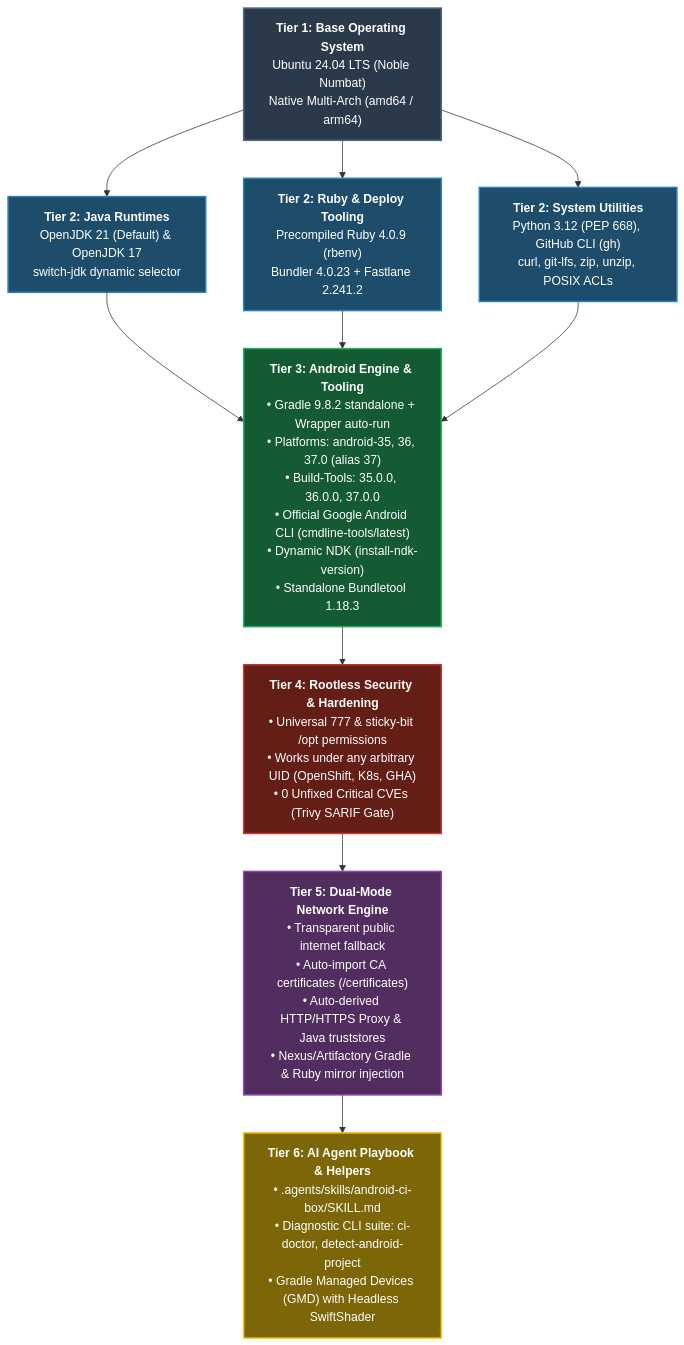
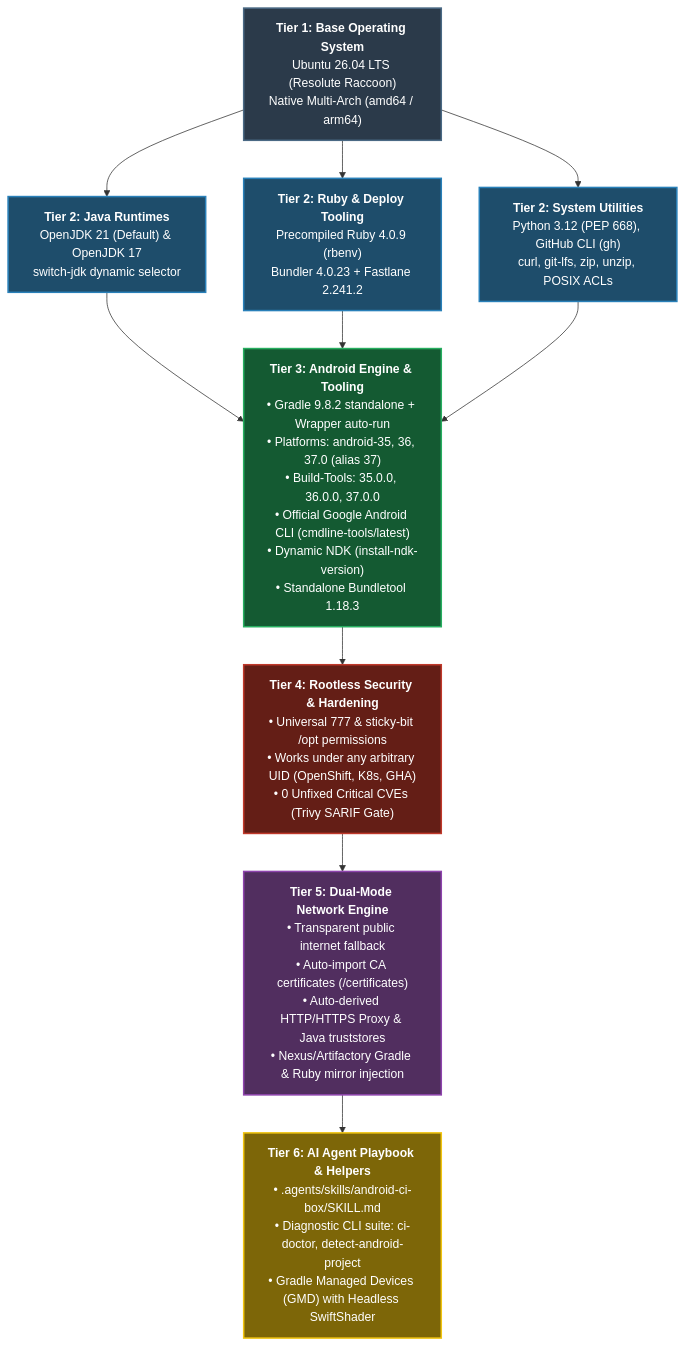
The first of 4 diagrams in docs/architecture.md (hatem-noureddine/android-ci), drawn with Mermaid before and after one commit. The commit also changed 10 other files, not shown here.

First line of the commit message:
feat(docker): upgrade to Ubuntu 26.04.1 LTS base image and bump to v1.8.0 (#49)

````diff
--- a/docs/architecture.md
+++ b/docs/architecture.md
@@ -11,25 +11,25 @@
 ```mermaid
 graph TD
     classDef os fill:#2b3a4a,stroke:#4a6984,stroke-width:2px,color:#fff;
     classDef runtime fill:#1e4d6b,stroke:#2980b9,stroke-width:2px,color:#fff;
     classDef sdk fill:#145a32,stroke:#27ae60,stroke-width:2px,color:#fff;
     classDef security fill:#641e16,stroke:#c0392b,stroke-width:2px,color:#fff;
     classDef entrypoint fill:#512e5f,stroke:#8e44ad,stroke-width:2px,color:#fff;
     classDef agent fill:#7d6608,stroke:#f1c40f,stroke-width:2px,color:#fff;
 
-    T1["<b>Tier 1: Base Operating System</b><br/>Ubuntu 24.04 LTS (Noble Numbat)<br/>Native Multi-Arch (amd64 / arm64)"]:::os
+    T1["<b>Tier 1: Base Operating System</b><br/>Ubuntu 26.04 LTS (Resolute Raccoon)<br/>Native Multi-Arch (amd64 / arm64)"]:::os
 
     T1 --> T2_Java["<b>Tier 2: Java Runtimes</b><br/>OpenJDK 21 (Default) & OpenJDK 17<br/>switch-jdk dynamic selector"]:::runtime
     T1 --> T2_Ruby["<b>Tier 2: Ruby & Deploy Tooling</b><br/>Precompiled Ruby 4.0.9 (rbenv)<br/>Bundler 4.0.23 + Fastlane 2.241.2"]:::runtime
     T1 --> T2_Sys["<b>Tier 2: System Utilities</b><br/>Python 3.12 (PEP 668), GitHub CLI (gh)<br/>curl, git-lfs, zip, unzip, POSIX ACLs"]:::runtime
 
     T2_Java --> T3["<b>Tier 3: Android Engine & Tooling</b><br/>• Gradle 9.8.2 standalone + Wrapper auto-run<br/>• Platforms: android-35, 36, 37.0 (alias 37)<br/>• Build-Tools: 35.0.0, 36.0.0, 37.0.0<br/>• Official Google Android CLI (cmdline-tools/latest)<br/>• Dynamic NDK (install-ndk-version)<br/>• Standalone Bundletool 1.18.3"]:::sdk
     T2_Ruby --> T3
     T2_Sys --> T3
 
     T3 --> T4["<b>Tier 4: Rootless Security & Hardening</b><br/>• Universal 777 & sticky-bit /opt permissions<br/>• Works under any arbitrary UID (OpenShift, K8s, GHA)<br/>• 0 Unfixed Critical CVEs (Trivy SARIF Gate)"]:::security
 
     T4 --> T5["<b>Tier 5: Dual-Mode Network Engine</b><br/>• Transparent public internet fallback<br/>• Auto-import CA certificates (/certificates)<br/>• Auto-derived HTTP/HTTPS Proxy & Java truststores<br/>• Nexus/Artifactory Gradle & Ruby mirror injection"]:::entrypoint
 
     T5 --> T6["<b>Tier 6: AI Agent Playbook & Helpers</b><br/>• .agents/skills/android-ci-box/SKILL.md<br/>• Diagnostic CLI suite: ci-doctor, detect-android-project<br/>• Gradle Managed Devices (GMD) with Headless SwiftShader"]:::agent
 ```
````
